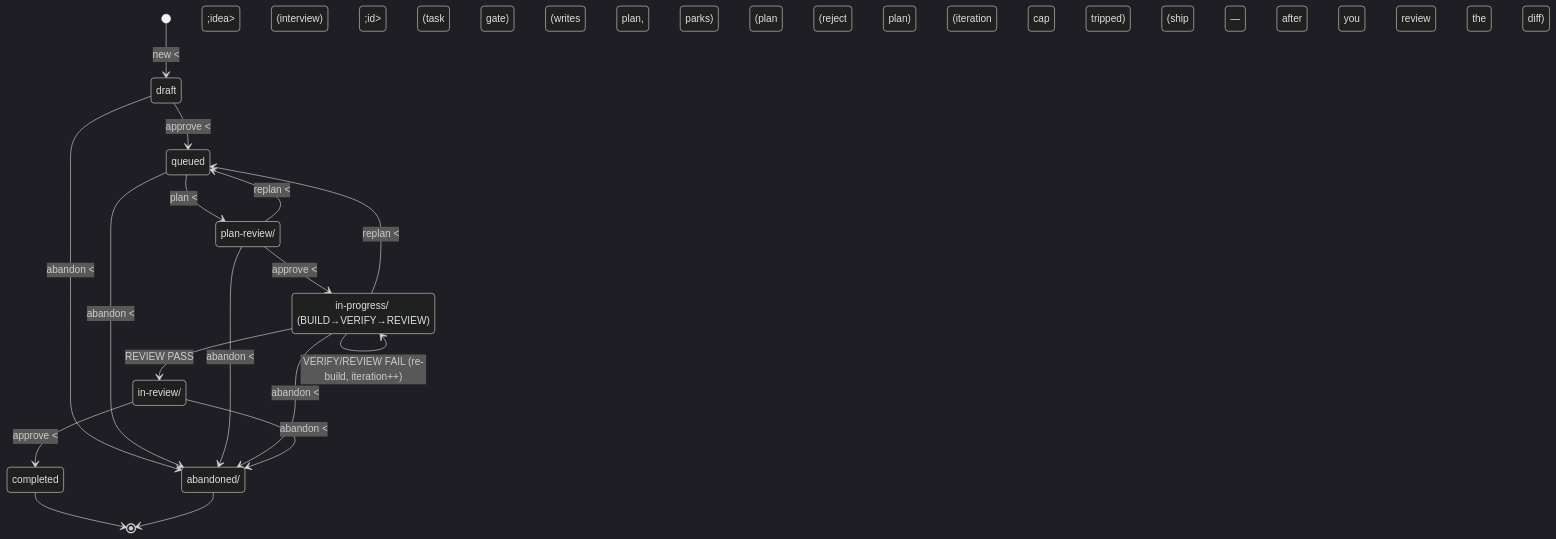
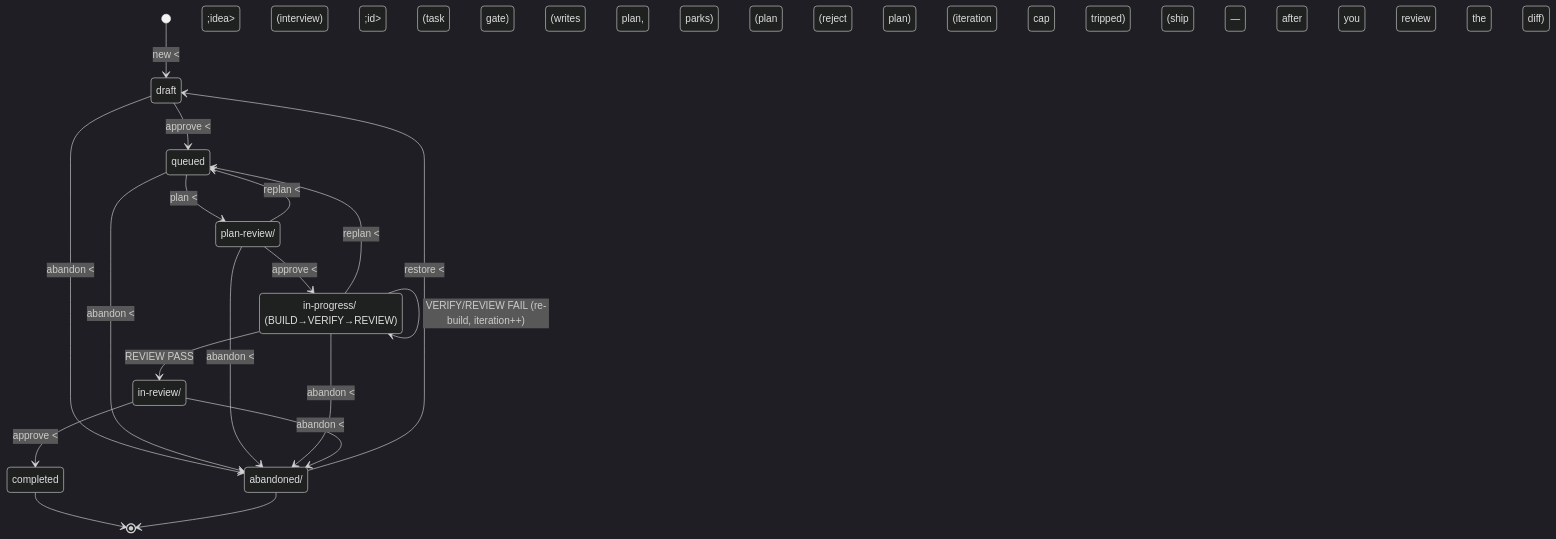
The first of 2 diagrams in AGENTS.md (yenchang265-afk/agentic-workflow), drawn with Mermaid (dark theme) before and after one commit. The commit also changed other lines of this file and 44 other files, not shown here.

````diff
--- a/AGENTS.md
+++ b/AGENTS.md
@@ -73,24 +75,25 @@
 ```mermaid
 stateDiagram-v2
     [*] --> draft: new &lt;idea&gt; (interview)
     draft --> queued: approve &lt;id&gt; (task gate)
     queued --> plan_review: plan &lt;id&gt; (writes plan, parks)
     plan_review --> in_progress: approve &lt;id&gt; (plan gate)
     plan_review --> queued: replan &lt;id&gt; (reject plan)
     in_progress --> in_progress: VERIFY/REVIEW FAIL (re-build, iteration++)
     in_progress --> in_review: REVIEW PASS
     in_progress --> queued: replan &lt;id&gt; (iteration cap tripped)
     in_review --> completed: approve &lt;id&gt; (ship — after you review the diff)
     draft --> abandoned: abandon &lt;id&gt;
     queued --> abandoned: abandon &lt;id&gt;
     plan_review --> abandoned: abandon &lt;id&gt;
     in_progress --> abandoned: abandon &lt;id&gt;
     in_review --> abandoned: abandon &lt;id&gt;
+    abandoned --> draft: restore &lt;id&gt;
     completed --> [*]
     abandoned --> [*]
 
     state "plan-review/" as plan_review
     state "in-progress/ (BUILD→VERIFY→REVIEW)" as in_progress
     state "in-review/" as in_review
     state "abandoned/" as abandoned
 ```
````
